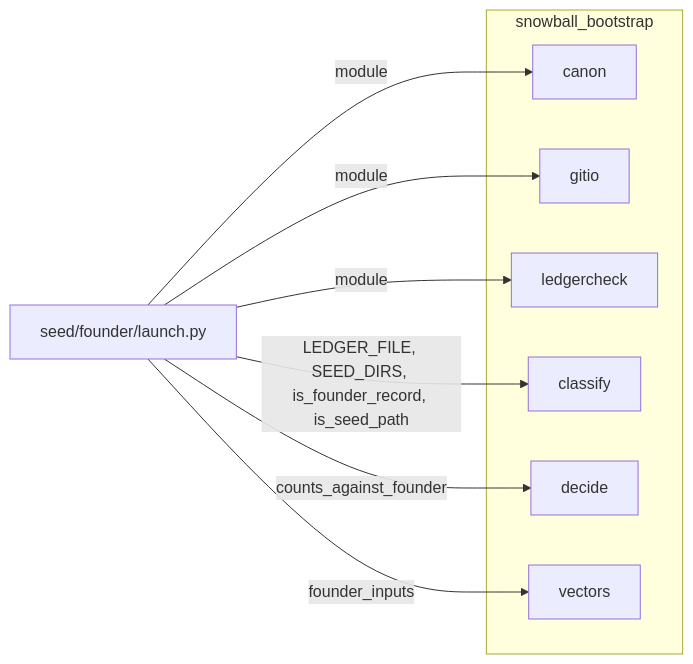
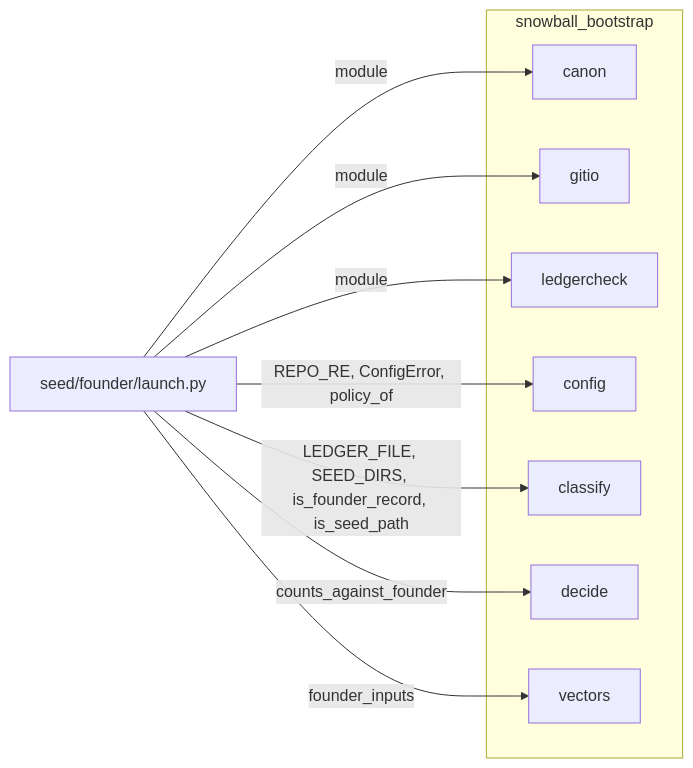
One commit to Okan-wqm/snowball-mcp changed the eighth of 8 diagrams in docs/harita.md. Above: the diagram before and after it, drawn with Mermaid. The commit also changed other lines of this file and 14 other files, not shown here.

````diff
--- a/docs/harita.md
+++ b/docs/harita.md
@@ -396,18 +396,20 @@
 ```mermaid
 flowchart LR
   launcher["seed/founder/launch.py"]
   subgraph pkg["snowball_bootstrap"]
     m_canon["canon"]
     m_gitio["gitio"]
     m_ledgercheck["ledgercheck"]
+    m_config["config"]
     m_classify["classify"]
     m_decide["decide"]
     m_vectors["vectors"]
   end
   launcher -->|module| m_canon
   launcher -->|module| m_gitio
   launcher -->|module| m_ledgercheck
+  launcher -->|REPO_RE, ConfigError, policy_of| m_config
   launcher -->|LEDGER_FILE, SEED_DIRS, is_founder_record, is_seed_path| m_classify
   launcher -->|counts_against_founder| m_decide
   launcher -->|founder_inputs| m_vectors
 ```
````
